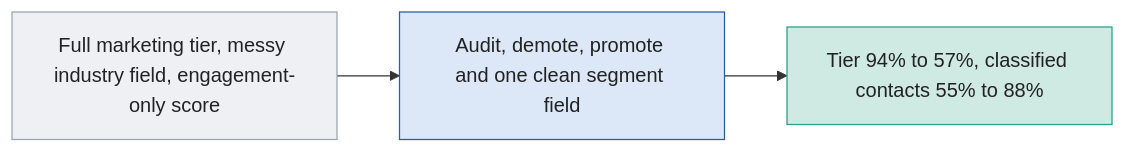
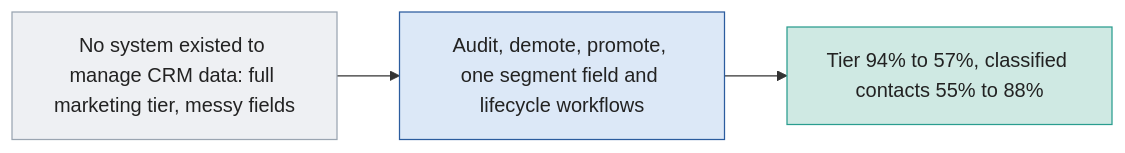
One commit to rbanola1/RevOps-Portfolio changed the diagram in 02-crm-cleanup-and-scoring/README.md. Above: the diagram before and after it, drawn with Mermaid. The commit also changed other lines of this file and 24 other files, not shown here.

````diff
--- a/02-crm-cleanup-and-scoring/README.md
+++ b/02-crm-cleanup-and-scoring/README.md
@@ -8,10 +8,10 @@
 ```mermaid
 flowchart LR
-    A["Full marketing tier, messy industry field, engagement-only score"] --> B["Audit, demote, promote and one clean segment field"] --> C["Tier 94% to 57%, classified contacts 55% to 88%"]
+    A["No system existed to manage CRM data: full marketing tier, messy fields"] --> B["Audit, demote, promote, one segment field and lifecycle workflows"] --> C["Tier 94% to 57%, classified contacts 55% to 88%"]
     classDef p fill:#EEF0F3,stroke:#9AA5B1,color:#222
     classDef b fill:#DCE8F7,stroke:#2B5C9E,color:#222
     classDef r fill:#CFE9E3,stroke:#2A9D8F,color:#222
     class A p
     class B b
     class C r
 ```
````
